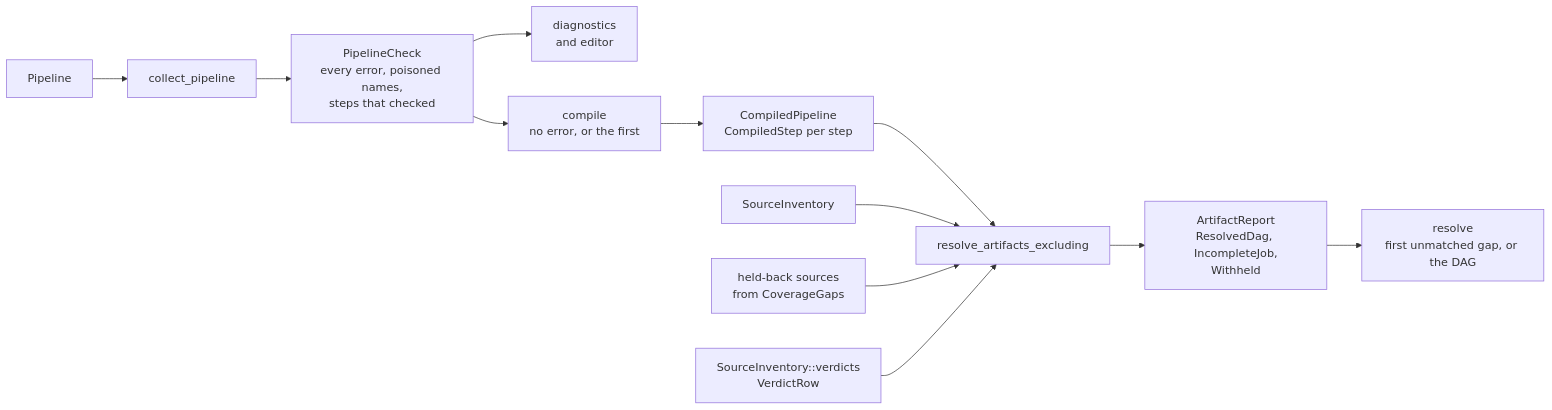
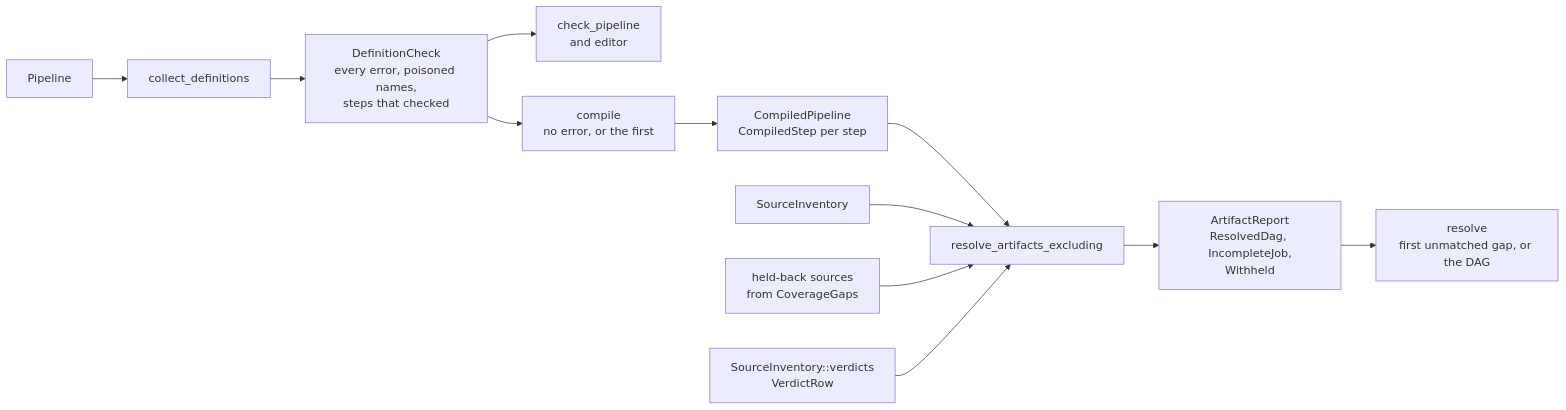
The diagram in docs/architecture/resolution.md (eclnz/spit), drawn with Mermaid before and after one commit. The commit also changed other lines of this file and 14 other files, not shown here.

````diff
--- a/docs/architecture/resolution.md
+++ b/docs/architecture/resolution.md
@@ -5,14 +5,14 @@
 ```mermaid
 flowchart LR
-    pipeline["Pipeline"] --> check["collect_pipeline"]
-    check --> report["PipelineCheck<br/>every error, poisoned names,<br/>steps that checked"]
-    report --> diagnostics["diagnostics<br/>and editor"]
+    pipeline["Pipeline"] --> check["collect_definitions"]
+    check --> report["DefinitionCheck<br/>every error, poisoned names,<br/>steps that checked"]
+    report --> diagnostics["check_pipeline<br/>and editor"]
     report --> compile["compile<br/>no error, or the first"]
     compile --> compiled["CompiledPipeline<br/>CompiledStep per step"]
     compiled --> expand["resolve_artifacts_excluding"]
     inventory["SourceInventory"] --> expand
     held["held-back sources<br/>from CoverageGaps"] --> expand
     verdicts["SourceInventory::verdicts<br/>VerdictRow"] --> expand
     expand --> artifacts["ArtifactReport<br/>ResolvedDag, IncompleteJob,<br/>Withheld"]
     artifacts --> resolve["resolve<br/>first unmatched gap, or the DAG"]
 ```
````
